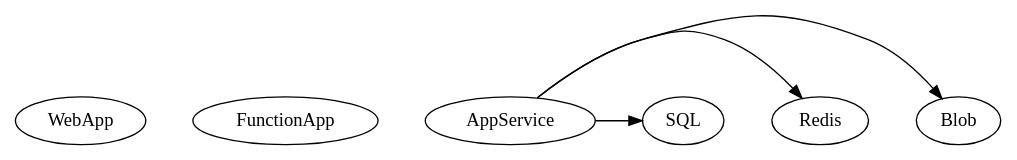
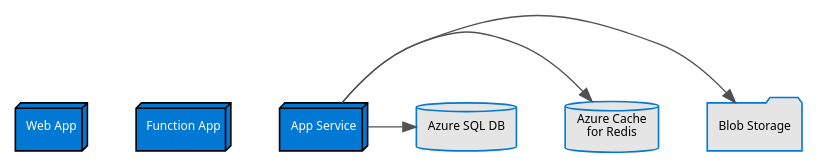
Before and after one commit to andikatjacobdennis/graphviz-tutorial: the fifth of 6 diagrams in 3-advanced-techniques/styling-guide.md, drawn with Graphviz. The commit also changed other lines of this file and 6 other files, not shown here.

````diff
--- a/3-advanced-techniques/styling-guide.md
+++ b/3-advanced-techniques/styling-guide.md
@@ -121,12 +148,24 @@
 ```dot
 digraph Layout {
+    rankdir=TB;
+    
     // Global settings
-    graph [nodesep=0.5, ranksep=1.2];
-    
-    // Force alignment
-    {rank=same; WebApp; FunctionApp;}
-    
-    // Minimize edge crossings
-    AppService -> {SQL, Redis, Blob} [constraint=false];
+    graph [fontname="Segoe UI", fontsize=10, nodesep=0.5, ranksep=1.2];
+    node  [fontname="Segoe UI", fontsize=9, penwidth=1.2];
+    edge  [fontname="Segoe UI", fontsize=8, penwidth=1.0, color="#505050"];
+
+    // Node definitions with Azure-style shapes and colors
+    WebApp      [label="Web App", shape=box3d, style=filled, fillcolor="#0078D4", fontcolor=white];
+    FunctionApp [label="Function App", shape=box3d, style=filled, fillcolor="#0078D4", fontcolor=white];
+    AppService  [label="App Service", shape=box3d, style=filled, fillcolor="#0078D4", fontcolor=white];
+    SQL         [label="Azure SQL DB", shape=cylinder, style=filled, fillcolor="#E5E5E5", color="#0078D4"];
+    Redis       [label="Azure Cache\nfor Redis", shape=cylinder, style=filled, fillcolor="#E5E5E5", color="#0078D4"];
+    Blob        [label="Blob Storage", shape=folder, style=filled, fillcolor="#E5E5E5", color="#0078D4"];
+
+    // Force alignment of components on the same horizontal level
+    { rank = same; WebApp; FunctionApp }
+
+    // Edge connections
+    AppService -> {SQL Redis Blob} [constraint=false];
 }
 ```
````
